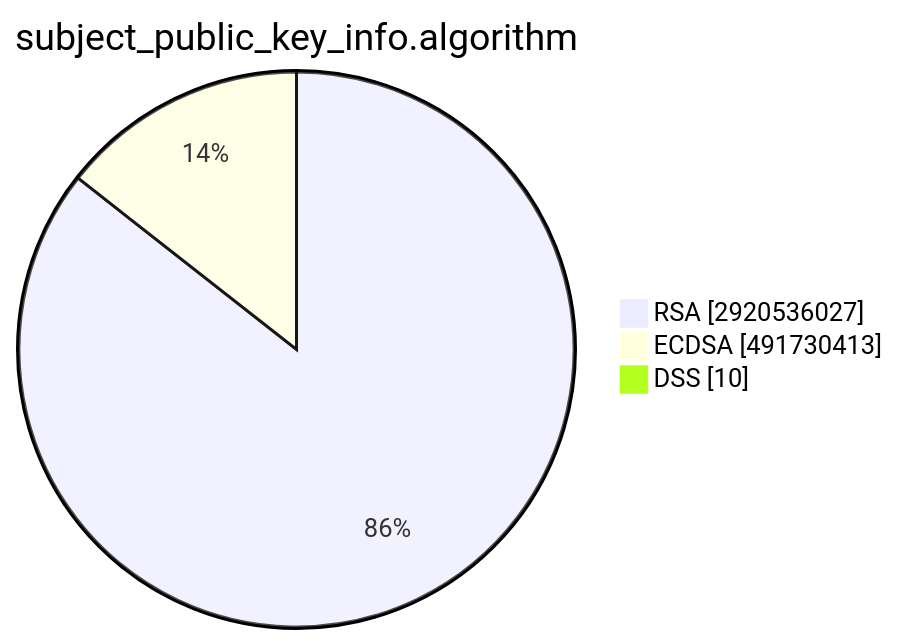
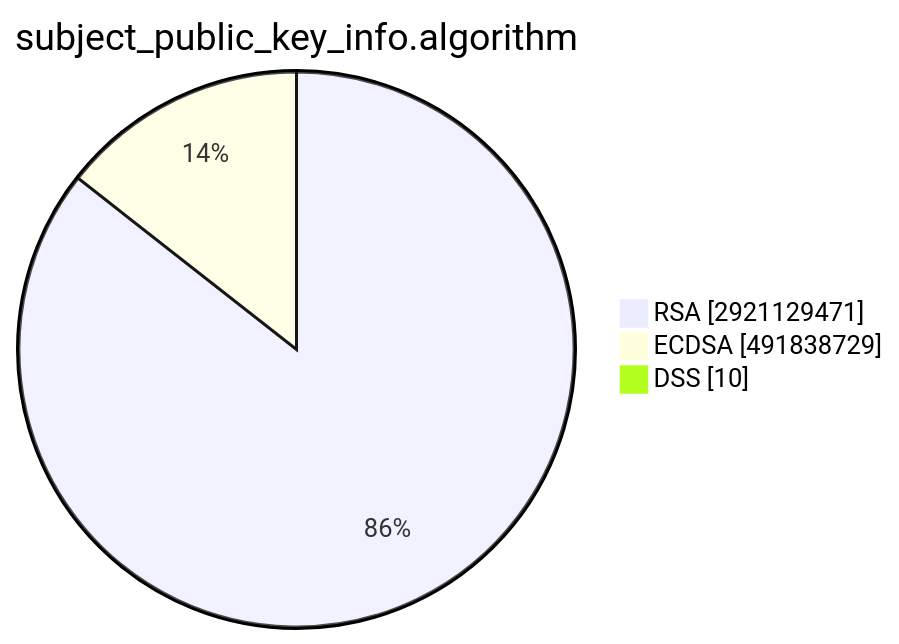
The second of 15 diagrams in TOTAL/README.md (christiankrug/ctmonitor_visualization), drawn with Mermaid before and after one commit. The commit also changed other lines of this file, not shown here.

````diff
--- a/TOTAL/README.md
+++ b/TOTAL/README.md
@@ -6,7 +6,7 @@
 ```mermaid
 pie showData
 title subject_public_key_info.algorithm
-"RSA" :2920536027
-"ECDSA" :491730413
+"RSA" :2921129471
+"ECDSA" :491838729
 "DSS" :10
 ```
````
